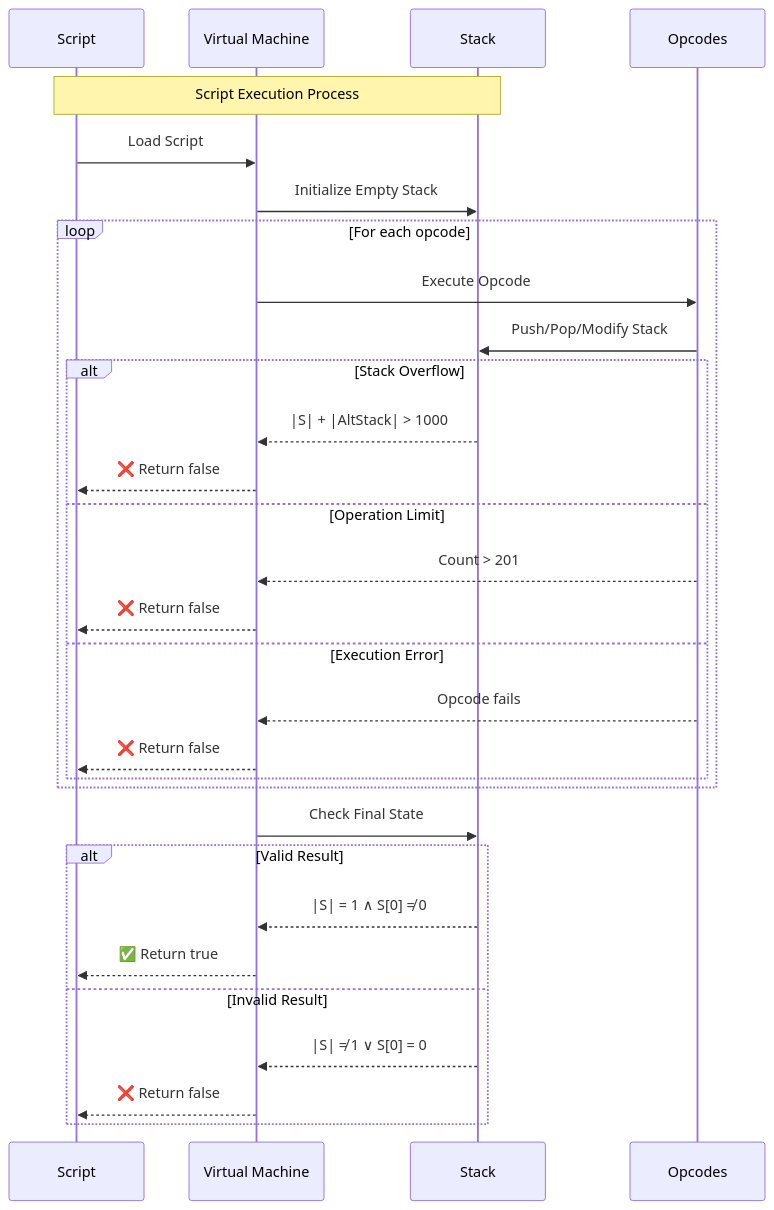
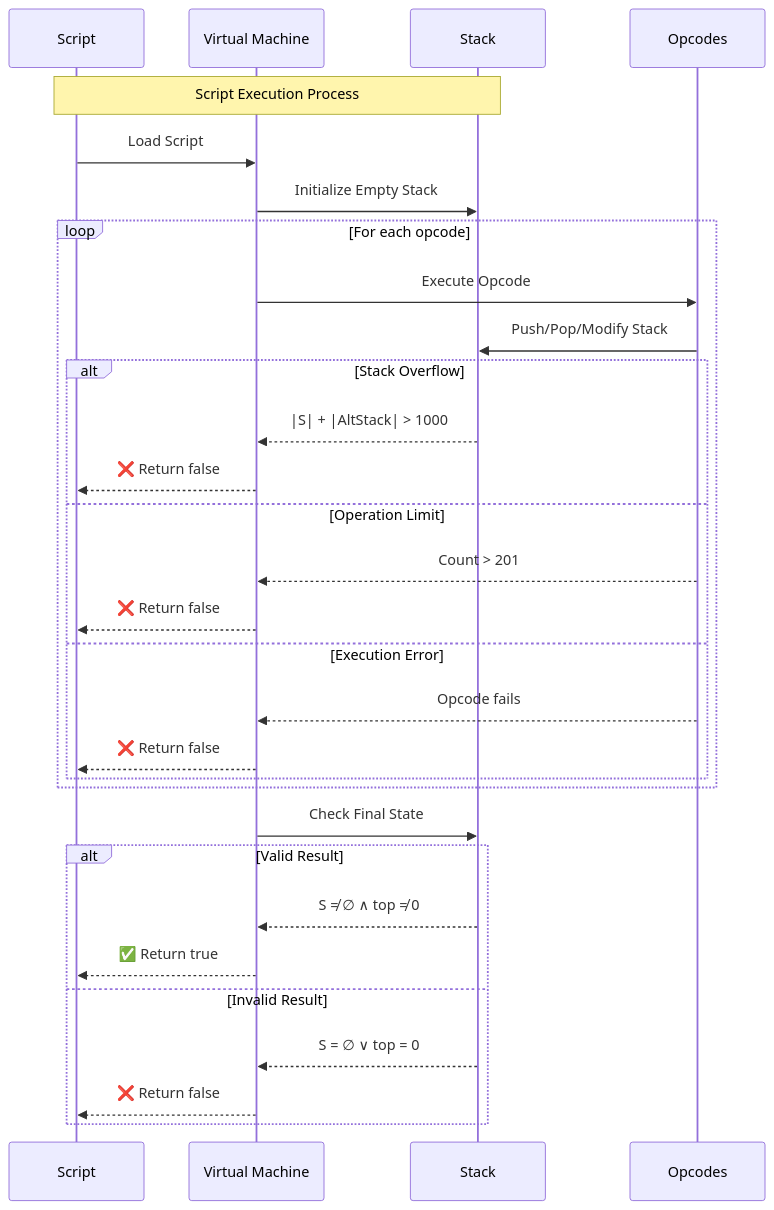
One commit to BTCDecoded/blvm-spec changed the second of 8 diagrams in PROTOCOL.md. Above: the diagram before and after it, drawn with Mermaid. The commit also changed other lines of this file and 4 other files, not shown here.

````diff
--- a/PROTOCOL.md
+++ b/PROTOCOL.md
@@ -542,37 +530,37 @@
 ```mermaid
 sequenceDiagram
     participant S as Script
     participant VM as Virtual Machine
     participant ST as Stack
     participant O as Opcodes
     
     Note over S,ST: Script Execution Process
     
     S->>VM: Load Script
     VM->>ST: Initialize Empty Stack
     
     loop For each opcode
         VM->>O: Execute Opcode
         O->>ST: Push/Pop/Modify Stack
         
         alt Stack Overflow
             ST-->>VM: |S| + |AltStack| > 1000
             VM-->>S: ❌ Return false
         else Operation Limit
             O-->>VM: Count > 201
             VM-->>S: ❌ Return false
         else Execution Error
             O-->>VM: Opcode fails
             VM-->>S: ❌ Return false
         end
     end
     
     VM->>ST: Check Final State
     alt Valid Result
-        ST-->>VM: |S| = 1 ∧ S[0] ≠ 0
+        ST-->>VM: S ≠ ∅ ∧ top ≠ 0
         VM-->>S: ✅ Return true
     else Invalid Result
-        ST-->>VM: |S| ≠ 1 ∨ S[0] = 0
+        ST-->>VM: S = ∅ ∨ top = 0
         VM-->>S: ❌ Return false
     end
 ```
````
